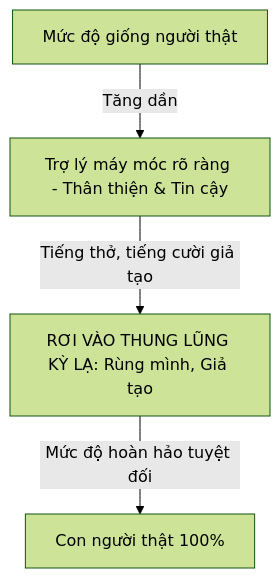
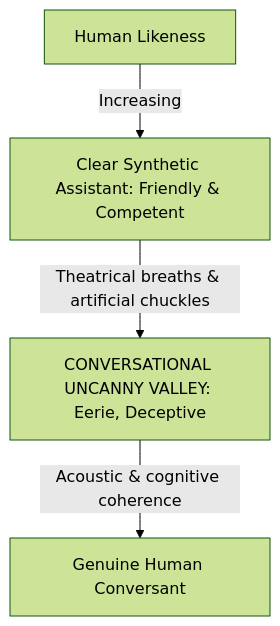
Before and after one commit to jangtrinh/design-os-voice-ux: the diagram in 03-conversational-design-system/persona-and-tone.md, drawn with Mermaid (forest theme). The commit also changed other lines of this file and 41 other files, not shown here.

````diff
--- a/03-conversational-design-system/persona-and-tone.md
+++ b/03-conversational-design-system/persona-and-tone.md
@@ -45,6 +45,6 @@
 ```mermaid
 graph TD
-    A[Mức độ giống người thật] -->|Tăng dần| B[Trợ lý máy móc rõ ràng - Thân thiện & Tin cậy]
-    B -->|Tiếng thở, tiếng cười giả tạo| C[RƠI VÀO THUNG LŨNG KỲ LẠ: Rùng mình, Giả tạo]
-    C -->|Mức độ hoàn hảo tuyệt đối| D[Con người thật 100%]
+    A[Human Likeness] -->|Increasing| B[Clear Synthetic Assistant: Friendly & Competent]
+    B -->|Theatrical breaths & artificial chuckles| C[CONVERSATIONAL UNCANNY VALLEY: Eerie, Deceptive]
+    C -->|Acoustic & cognitive coherence| D[Genuine Human Conversant]
 ```
````
